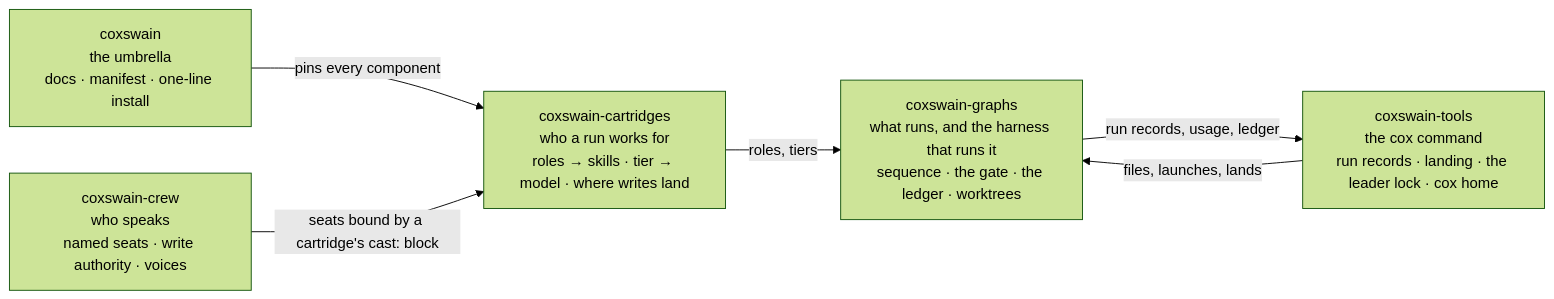
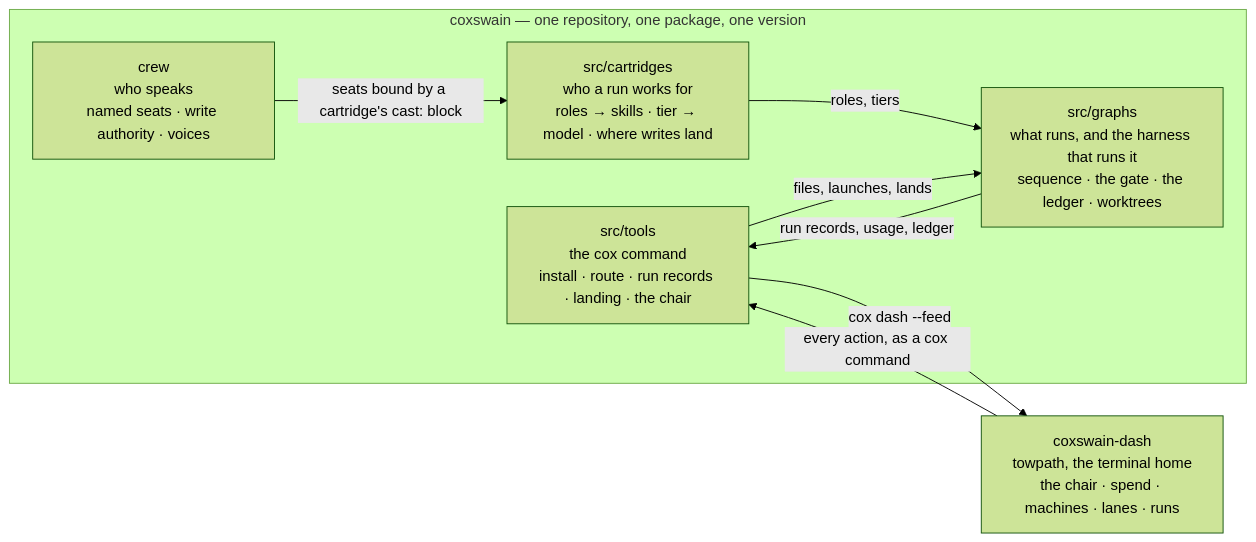
Before and after one commit to ppfenning/ppfenning: the diagram in README.md, drawn with Mermaid (forest theme). The commit also changed other lines of this file, not shown here.

Commit message:
README: coxswain is one repo/package since 2026.10.0; brew install, chair, towpath

````diff
--- a/README.md
+++ b/README.md
@@ -51,13 +56,16 @@
 ```mermaid
 flowchart LR
-    UMB["coxswain<br/>the umbrella<br/>docs · manifest · one-line install"]
-    CART["coxswain-cartridges<br/>who a run works for<br/>roles → skills · tier → model · where writes land"]
-    GRAPHS["coxswain-graphs<br/>what runs, and the harness that runs it<br/>sequence · the gate · the ledger · worktrees"]
-    CREW["coxswain-crew<br/>who speaks<br/>named seats · write authority · voices"]
-    TOOLS["coxswain-tools<br/>the cox command<br/>run records · landing · the leader lock · cox home"]
-    UMB -- "pins every component" --> CART
+    subgraph UMB["coxswain — one repository, one package, one version"]
+        TOOLS["src/tools<br/>the cox command<br/>install · route · run records · landing · the chair"]
+        GRAPHS["src/graphs<br/>what runs, and the harness that runs it<br/>sequence · the gate · the ledger · worktrees"]
+        CART["src/cartridges<br/>who a run works for<br/>roles → skills · tier → model · where writes land"]
+        CREW["crew<br/>who speaks<br/>named seats · write authority · voices"]
+    end
+    DASH["coxswain-dash<br/>towpath, the terminal home<br/>the chair · spend · machines · lanes · runs"]
     CART -- "roles, tiers" --> GRAPHS
     CREW -- "seats bound by a cartridge's cast: block" --> CART
     GRAPHS -- "run records, usage, ledger" --> TOOLS
     TOOLS -- "files, launches, lands" --> GRAPHS
+    TOOLS -- "cox dash --feed" --> DASH
+    DASH -- "every action, as a cox command" --> TOOLS
 ```
````
